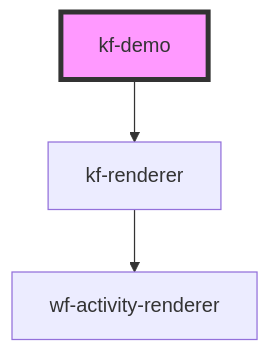
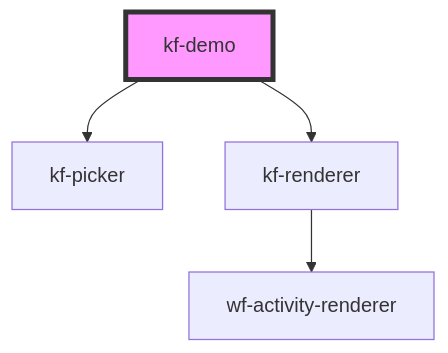
The diagram in src/demo/readme.md (Hungerarray/karyaflow-designer), drawn with Mermaid before and after one commit. The commit also changed other lines of this file and 8 other files, not shown here.

````diff
--- a/src/demo/readme.md
+++ b/src/demo/readme.md
@@ -23,6 +24,7 @@
 ```mermaid
 graph TD;
+  kf-demo --> kf-picker
   kf-demo --> kf-renderer
   kf-renderer --> wf-activity-renderer
   style kf-demo fill:#f9f,stroke:#333,stroke-width:4px
 ```
````
